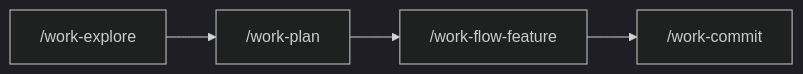
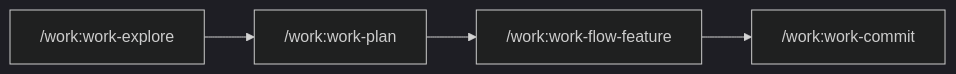
One commit to christopherlouet/claude-base changed the diagram in website/docs/tutorials/01-premier-projet.md. Above: the diagram before and after it, drawn with Mermaid (dark theme). The commit also changed other lines of this file and 318 other files, not shown here.

````diff
--- a/website/docs/tutorials/01-premier-projet.md
+++ b/website/docs/tutorials/01-premier-projet.md
@@ -189,6 +189,6 @@
 ```mermaid
 flowchart LR
-    A["/work-explore"] --> B["/work-plan"]
-    B --> C["/work-flow-feature"]
-    C --> D["/work-commit"]
+    A["/work:work-explore"] --> B["/work:work-plan"]
+    B --> C["/work:work-flow-feature"]
+    C --> D["/work:work-commit"]
 ```
````
